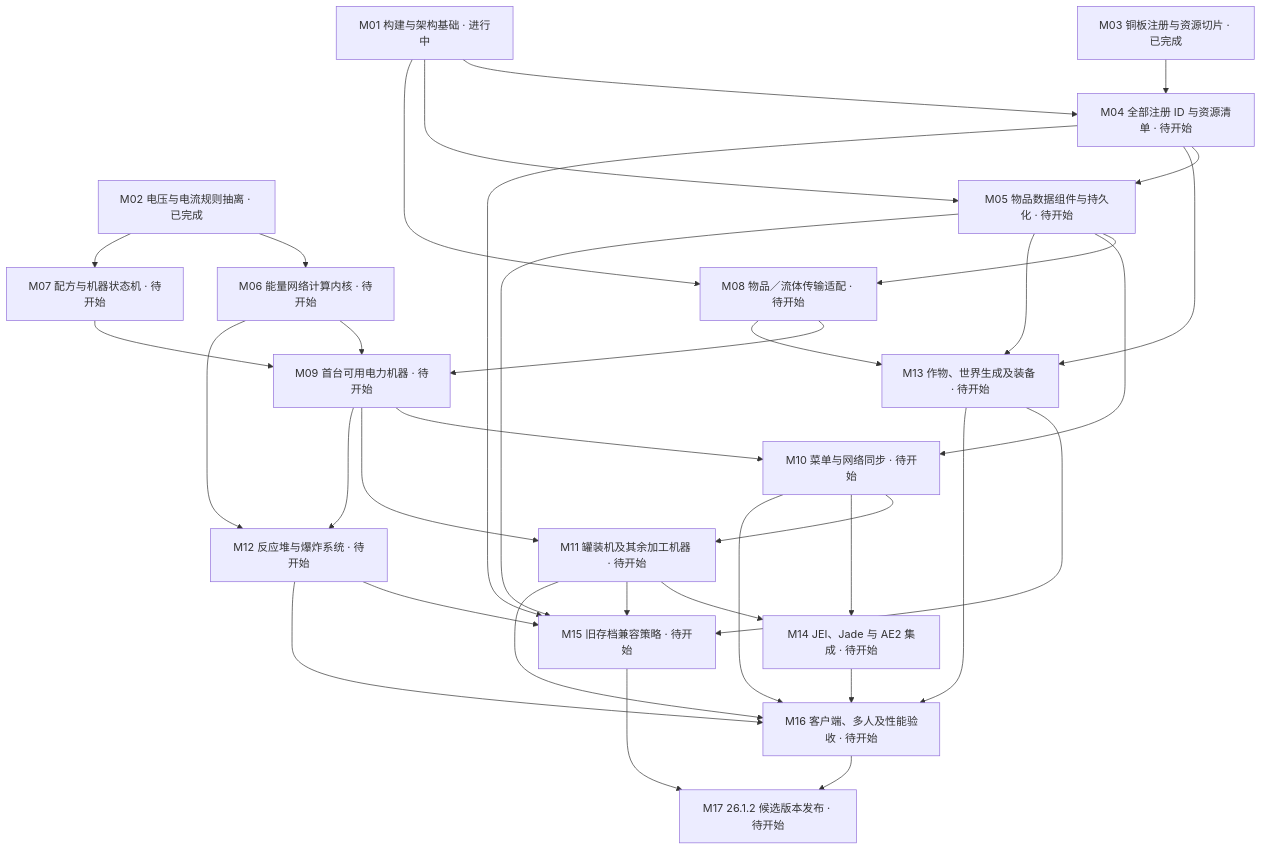
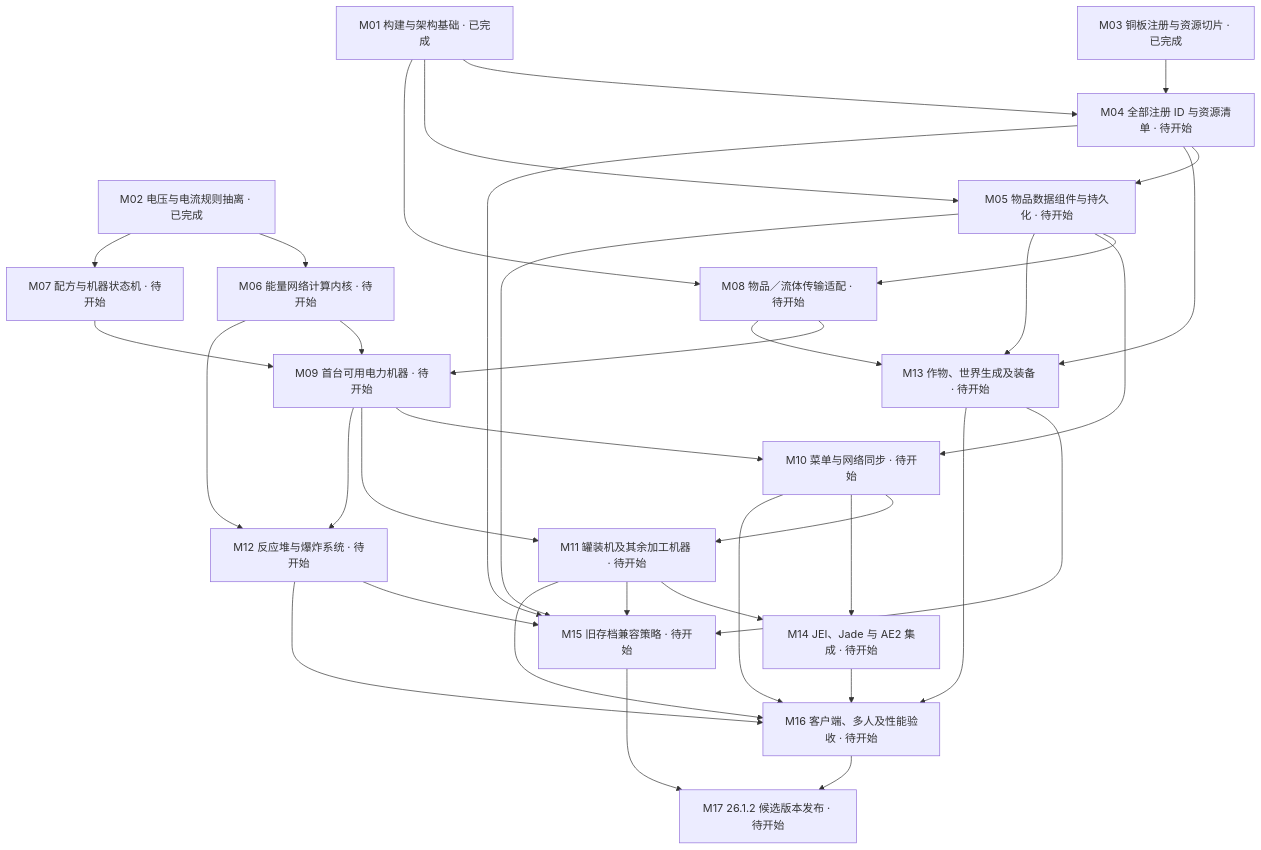
The diagram in docs/migration/STATUS.md (bobyasasas/IC2R), drawn with Mermaid before and after one commit. The commit also changed other lines of this file and 2 other files, not shown here.

````diff
--- a/docs/migration/STATUS.md
+++ b/docs/migration/STATUS.md
@@ -39,54 +39,54 @@
 ```mermaid
 flowchart TD
-  M01["M01 构建与架构基础 · 进行中"]
+  M01["M01 构建与架构基础 · 已完成"]
   M02["M02 电压与电流规则抽离 · 已完成"]
   M03["M03 铜板注册与资源切片 · 已完成"]
   M04["M04 全部注册 ID 与资源清单 · 待开始"]
   M01 --> M04
   M03 --> M04
   M05["M05 物品数据组件与持久化 · 待开始"]
   M01 --> M05
   M04 --> M05
   M06["M06 能量网络计算内核 · 待开始"]
   M02 --> M06
   M07["M07 配方与机器状态机 · 待开始"]
   M02 --> M07
   M08["M08 物品／流体传输适配 · 待开始"]
   M01 --> M08
   M05 --> M08
   M09["M09 首台可用电力机器 · 待开始"]
   M06 --> M09
   M07 --> M09
   M08 --> M09
   M10["M10 菜单与网络同步 · 待开始"]
   M05 --> M10
   M09 --> M10
   M11["M11 罐装机及其余加工机器 · 待开始"]
   M09 --> M11
   M10 --> M11
   M12["M12 反应堆与爆炸系统 · 待开始"]
   M06 --> M12
   M09 --> M12
   M13["M13 作物、世界生成及装备 · 待开始"]
   M04 --> M13
   M05 --> M13
   M08 --> M13
   M14["M14 JEI、Jade 与 AE2 集成 · 待开始"]
   M10 --> M14
   M11 --> M14
   M15["M15 旧存档兼容策略 · 待开始"]
   M04 --> M15
   M05 --> M15
   M11 --> M15
   M12 --> M15
   M13 --> M15
   M16["M16 客户端、多人及性能验收 · 待开始"]
   M10 --> M16
   M11 --> M16
   M12 --> M16
   M13 --> M16
   M14 --> M16
   M17["M17 26.1.2 候选版本发布 · 待开始"]
   M15 --> M17
   M16 --> M17
 ```
````
